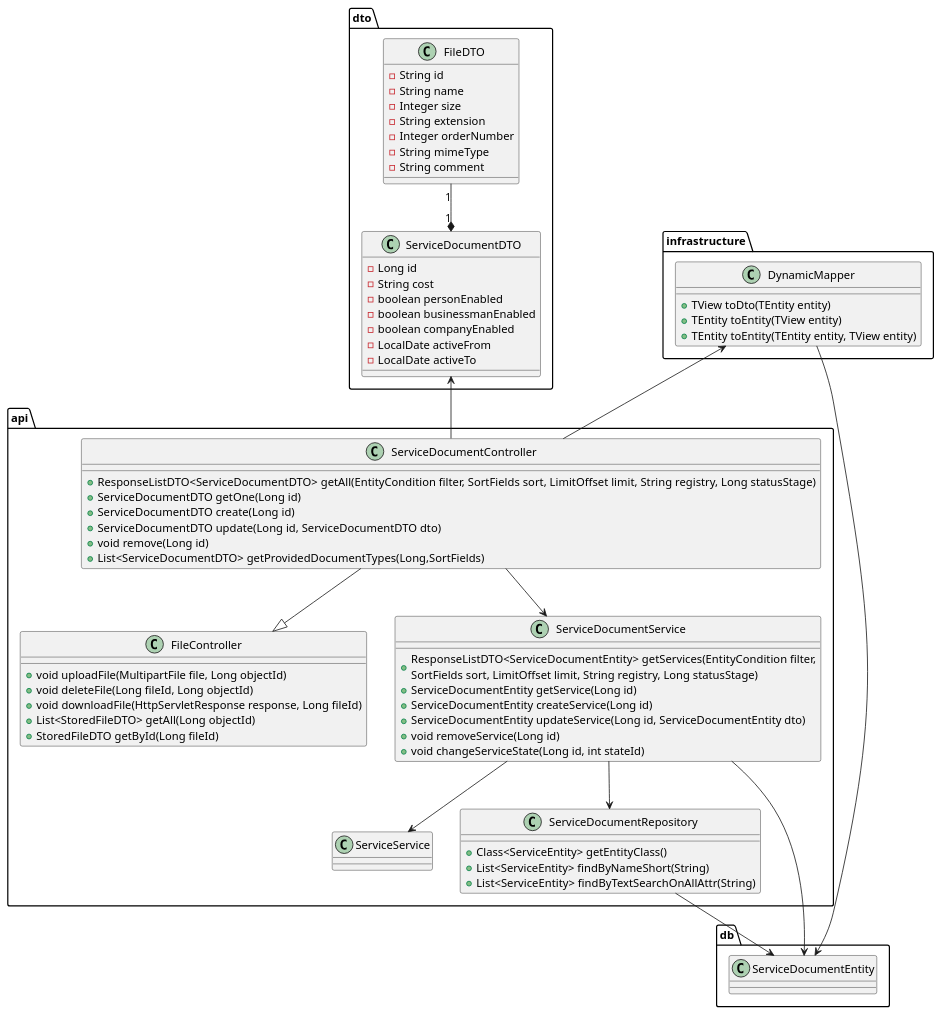
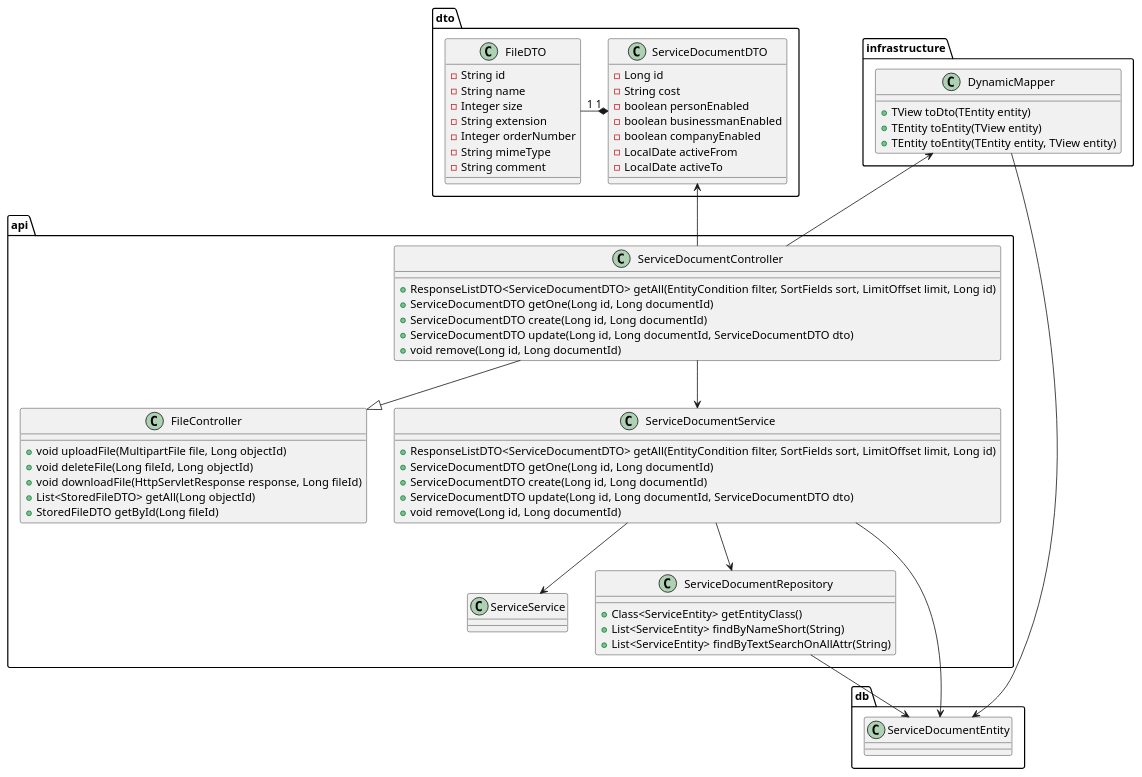
The diagram in api-classes/api-classes-services-document.puml (yespeace13/path-to-end), drawn with PlantUML before and after one commit. The commit also changed 3 other files, not shown here.

```diff
--- a/api-classes/api-classes-services-document.puml
+++ b/api-classes/api-classes-services-document.puml
@@ -1,82 +1,79 @@
 @startuml
 page 4x1
 top to bottom direction
 class api.FileController {
   + void uploadFile(MultipartFile file, Long objectId)
   + void deleteFile(Long fileId, Long objectId)
   + void downloadFile(HttpServletResponse response, Long fileId)
   + List<StoredFileDTO> getAll(Long objectId)
   + StoredFileDTO getById(Long fileId)
 }
 
 class api.ServiceDocumentController {
-  + ResponseListDTO<ServiceDocumentDTO> getAll(EntityCondition filter, SortFields sort, LimitOffset limit, String registry, Long statusStage)
-  + ServiceDocumentDTO getOne(Long id)
-  + ServiceDocumentDTO create(Long id)
-  + ServiceDocumentDTO update(Long id, ServiceDocumentDTO dto)
-  + void remove(Long id)
-  + List<ServiceDocumentDTO> getProvidedDocumentTypes(Long,SortFields)
+  + ResponseListDTO<ServiceDocumentDTO> getAll(EntityCondition filter, SortFields sort, LimitOffset limit, Long id)
+  + ServiceDocumentDTO getOne(Long id, Long documentId)
+  + ServiceDocumentDTO create(Long id, Long documentId)
+  + ServiceDocumentDTO update(Long id, Long documentId, ServiceDocumentDTO dto)
+  + void remove(Long id, Long documentId)
 }
 class api.ServiceService {
 
 }
 
-
 class api.ServiceDocumentService {
-  + ResponseListDTO<ServiceDocumentEntity> getServices(EntityCondition filter,\nSortFields sort, LimitOffset limit, String registry, Long statusStage)
-  + ServiceDocumentEntity getService(Long id)
-  + ServiceDocumentEntity createService(Long id)
-  + ServiceDocumentEntity updateService(Long id, ServiceDocumentEntity dto)
-  + void removeService(Long id)
-  + void changeServiceState(Long id, int stateId)
+   + ResponseListDTO<ServiceDocumentDTO> getAll(EntityCondition filter, SortFields sort, LimitOffset limit, Long id)
+   + ServiceDocumentDTO getOne(Long id, Long documentId)
+   + ServiceDocumentDTO create(Long id, Long documentId)
+   + ServiceDocumentDTO update(Long id, Long documentId, ServiceDocumentDTO dto)
+   + void remove(Long id, Long documentId)
 }
 
 class infrastructure.DynamicMapper {
   + TView toDto(TEntity entity)
   + TEntity toEntity(TView entity)
   + TEntity toEntity(TEntity entity, TView entity)
 }
 
 class dto.ServiceDocumentDTO {
 - Long id
 - String cost
 - boolean personEnabled
 - boolean businessmanEnabled
 - boolean companyEnabled
 - LocalDate activeFrom
 - LocalDate activeTo
 }
 
 class dto.FileDTO {
 - String id
 - String name
 - Integer size
 - String extension
 - Integer orderNumber
 - String mimeType
 - String comment
 }
-ServiceDocumentDTO "1" *-u- "1" FileDTO
+ServiceDocumentDTO "1" *-l- "1" FileDTO
 
 
 class api.ServiceDocumentRepository {
 + Class<ServiceEntity> getEntityClass()
 + List<ServiceEntity> findByNameShort(String)
 + List<ServiceEntity> findByTextSearchOnAllAttr(String)
 }
 
 class db.ServiceDocumentEntity {
 }
 
 ServiceDocumentController --|> FileController
 
 ServiceDocumentController -u-> ServiceDocumentDTO
 ServiceDocumentController --> ServiceDocumentService
 ServiceDocumentController -u-> DynamicMapper
 ServiceDocumentService --> ServiceDocumentRepository
 ServiceDocumentRepository --> ServiceDocumentEntity
 ServiceDocumentService --> ServiceDocumentEntity
 DynamicMapper --> ServiceDocumentEntity
 ServiceDocumentService --> ServiceService
 
 @enduml
```
